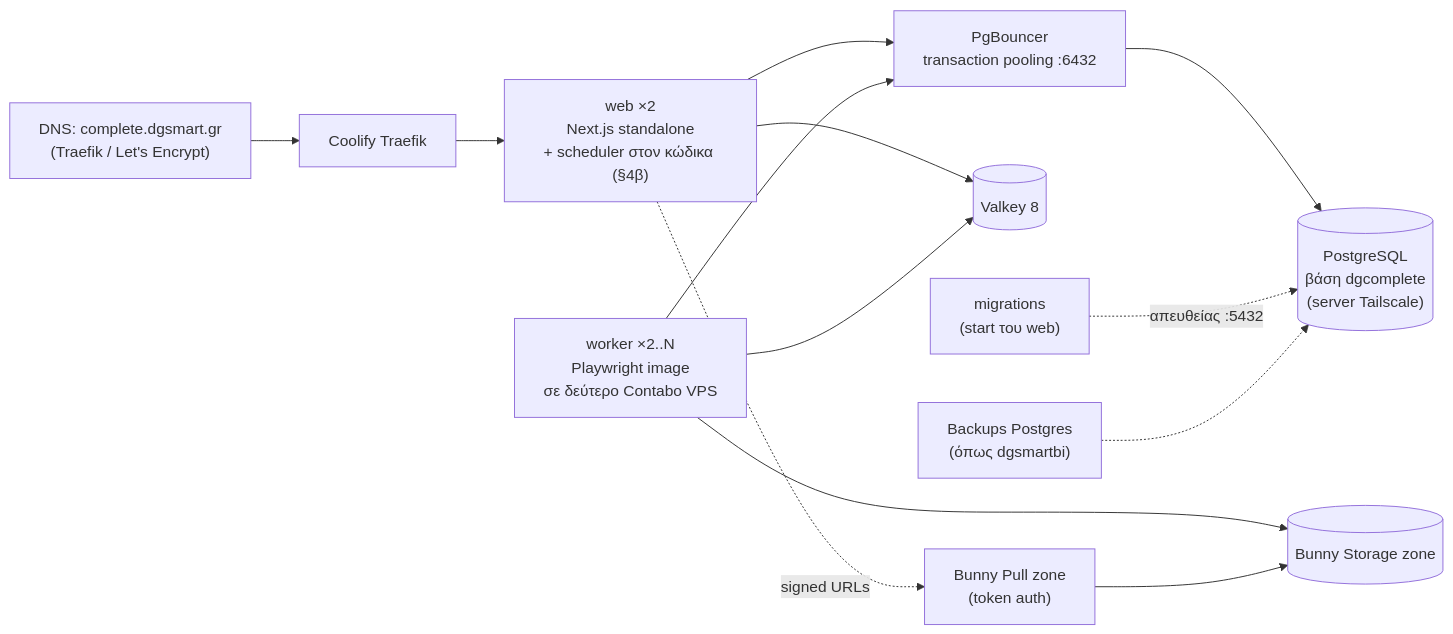
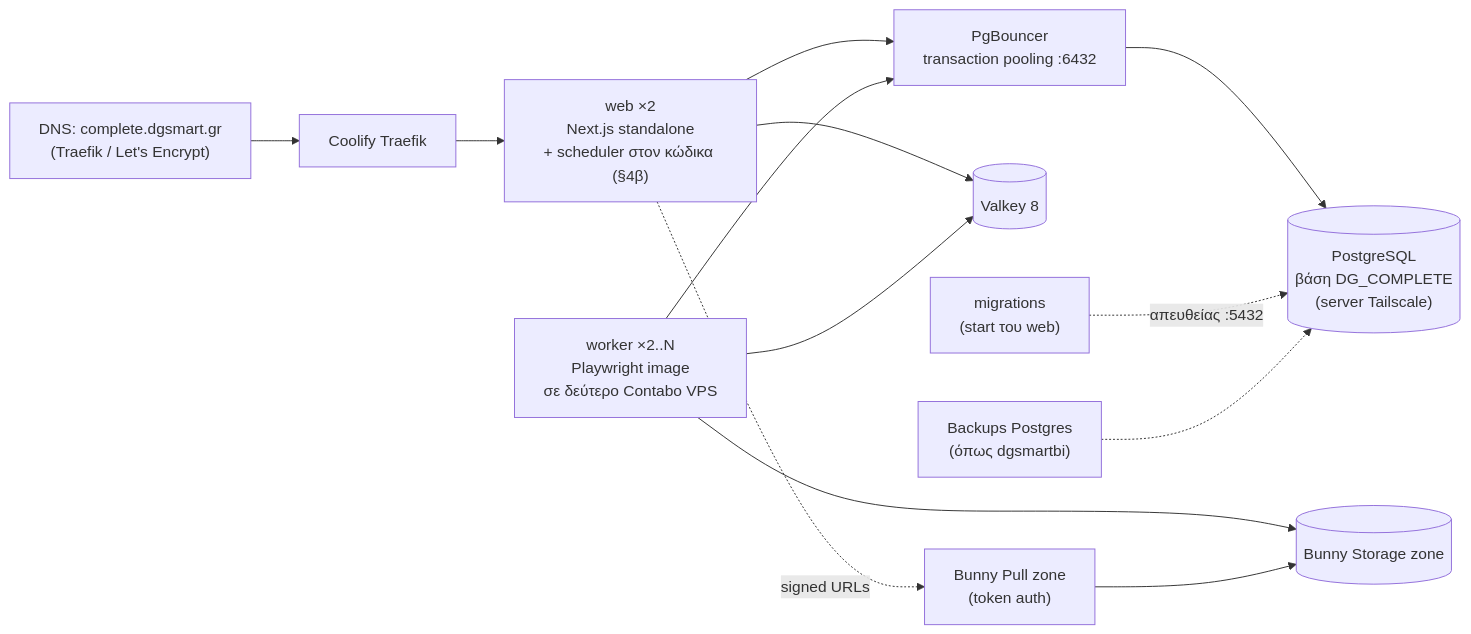
The diagram in docs/10-deployment.md (cloudzeus/DG-Complete), drawn with Mermaid before and after one commit. The commit also changed other lines of this file and 8 other files, not shown here.

````diff
--- a/docs/10-deployment.md
+++ b/docs/10-deployment.md
@@ -7,14 +7,14 @@
 ```mermaid
 flowchart LR
   DNS["DNS: complete.dgsmart.gr\n(Traefik / Let's Encrypt)"] --> TR["Coolify Traefik"]
   TR --> WEB["web ×2\nNext.js standalone\n+ scheduler στον κώδικα (§4β)"]
   WEB --> PGB["PgBouncer\ntransaction pooling :6432"]
-  PGB --> PG[("PostgreSQL\nβάση dgcomplete\n(server Tailscale)")]
+  PGB --> PG[("PostgreSQL\nβάση DG_COMPLETE\n(server Tailscale)")]
   WEB --> VK[("Valkey 8")]
   WK["worker ×2..N\nPlaywright image\nσε δεύτερο Contabo VPS"] --> PGB & VK
   MIG["migrations\n(start του web)"] -. "απευθείας :5432" .-> PG
   WK --> BN[("Bunny Storage zone")]
   WEB -. "signed URLs" .-> CDN["Bunny Pull zone\n(token auth)"]
   CDN --> BN
   BK["Backups Postgres\n(όπως dgsmartbi)"] -.-> PG
 ```
````
